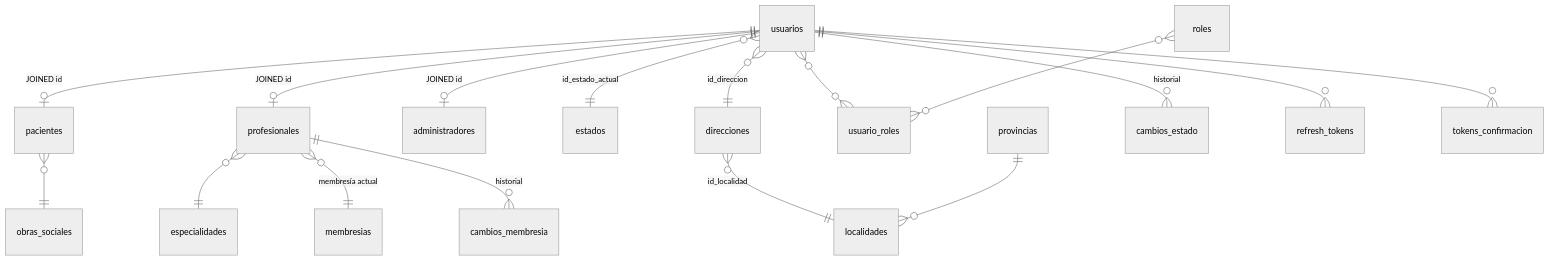
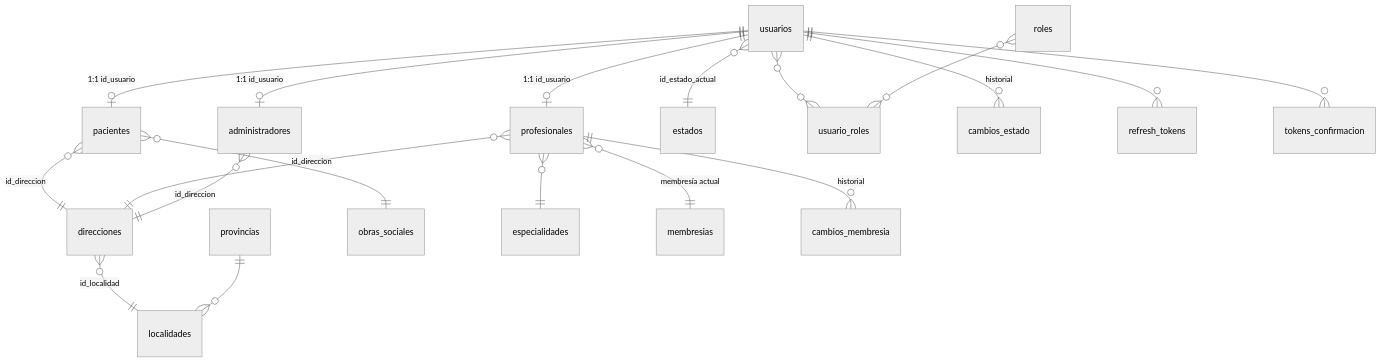
One commit to Taboada-Ignacio/sistema-historial-turnos-clinica changed the diagram in docs/ENTIDADES.md. Above: the diagram before and after it, drawn with Mermaid (neutral theme). The commit also changed other lines of this file and 37 other files, not shown here.

````diff
--- a/docs/ENTIDADES.md
+++ b/docs/ENTIDADES.md
@@ -21,19 +28,21 @@
 ```mermaid
 erDiagram
-    usuarios ||--o| pacientes : "JOINED id"
-    usuarios ||--o| profesionales : "JOINED id"
-    usuarios ||--o| administradores : "JOINED id"
+    usuarios ||--o| pacientes : "1:1 id_usuario"
+    usuarios ||--o| profesionales : "1:1 id_usuario"
+    usuarios ||--o| administradores : "1:1 id_usuario"
     usuarios }o--|| estados : "id_estado_actual"
-    usuarios }o--|| direcciones : "id_direccion"
+    pacientes }o--|| direcciones : "id_direccion"
+    profesionales }o--|| direcciones : "id_direccion"
+    administradores }o--|| direcciones : "id_direccion"
     direcciones }o--|| localidades : "id_localidad"
     usuarios }o--o{ usuario_roles : ""
     roles }o--o{ usuario_roles : ""
     provincias ||--o{ localidades : ""
     pacientes }o--|| obras_sociales : ""
     profesionales }o--|| especialidades : ""
     profesionales }o--|| membresias : "membresía actual"
     profesionales ||--o{ cambios_membresia : historial
     usuarios ||--o{ cambios_estado : historial
     usuarios ||--o{ refresh_tokens : ""
     usuarios ||--o{ tokens_confirmacion : ""
 ```
````
